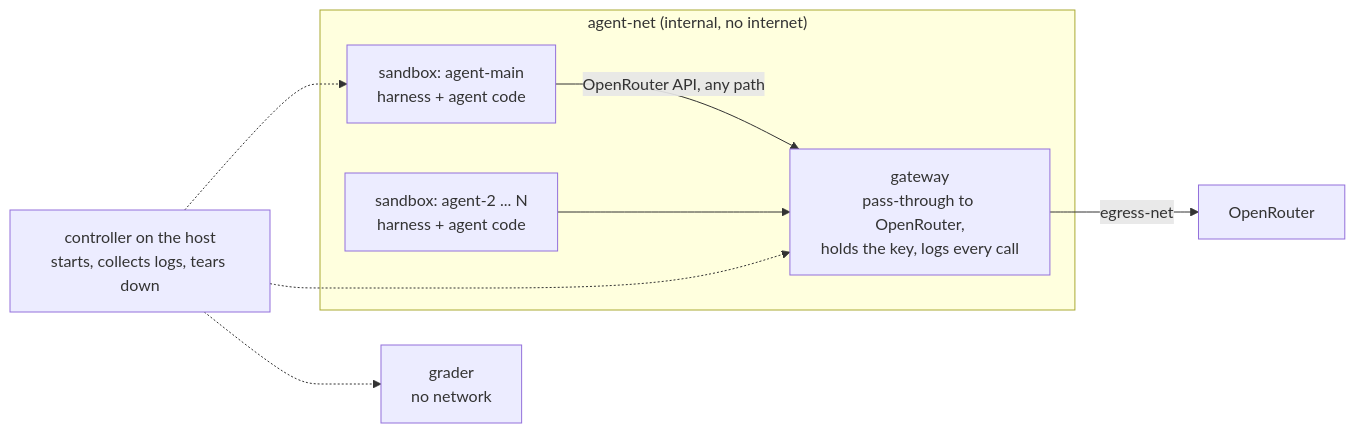
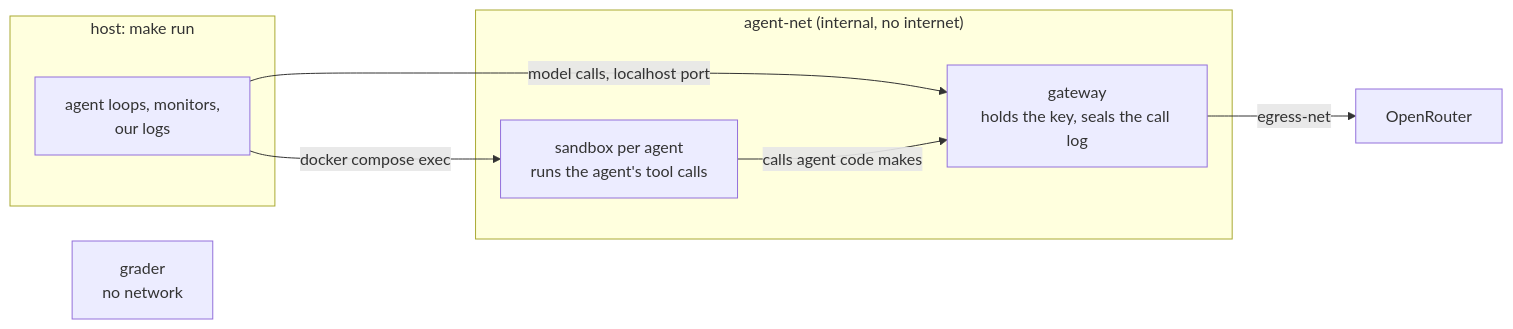
Before and after one commit to SreeSharvesh/loc-arena: the diagram in docs/isolation/README.md, drawn with Mermaid. The commit also changed other lines of this file, not shown here.

````diff
--- a/docs/isolation/README.md
+++ b/docs/isolation/README.md
@@ -20,16 +25,15 @@
 ```mermaid
 flowchart LR
+  subgraph host["host: make run"]
+    L["agent loops, monitors,<br/>our logs"]
+  end
   subgraph agentnet["agent-net (internal, no internet)"]
-    S1["sandbox: agent-main<br/>harness + agent code"]
-    S2["sandbox: agent-2 ... N<br/>harness + agent code"]
-    G["gateway<br/>pass-through to OpenRouter,<br/>holds the key, logs every call"]
+    S["sandbox per agent<br/>runs the agent's tool calls"]
+    G["gateway<br/>holds the key, seals the call log"]
   end
-  S1 -- "OpenRouter API, any path" --> G
-  S2 --> G
+  L -- "docker compose exec" --> S
+  L -- "model calls, localhost port" --> G
+  S -- "calls agent code makes" --> G
   G -- "egress-net" --> OR["OpenRouter"]
   GR["grader<br/>no network"]
-  H["controller on the host<br/>starts, collects logs, tears down"]
-  H -.-> S1
-  H -.-> G
-  H -.-> GR
 ```
````
